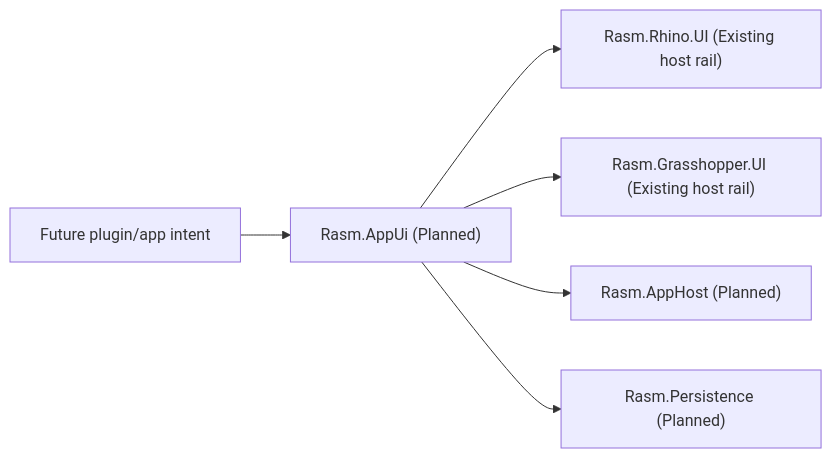
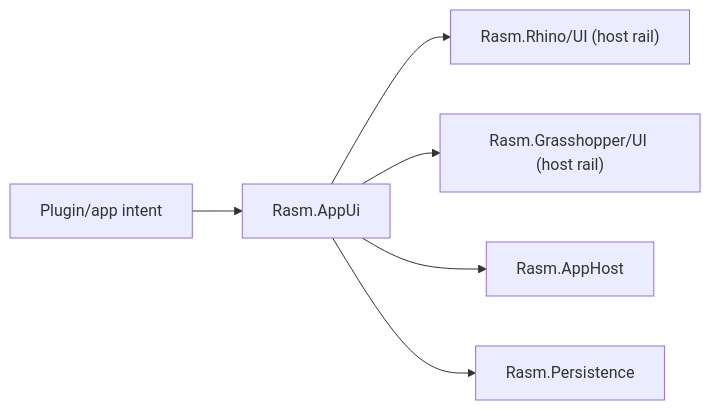
The diagram in libs/csharp/Rasm.AppUi/_ARCHITECTURE.md (bsamiee/Rasm), drawn with Mermaid before and after one commit. The commit also changed other lines of this file and 52 other files, not shown here.

First line of the commit message:
Refactor Rasm.Rhino boundary modules and refresh stack documentation.

````diff
--- a/libs/csharp/Rasm.AppUi/_ARCHITECTURE.md
+++ b/libs/csharp/Rasm.AppUi/_ARCHITECTURE.md
@@ -14,8 +14,8 @@
 ```mermaid
 flowchart LR
-    Product["Future plugin/app intent"] --> AppUi["Rasm.AppUi (Planned)"]
-    AppUi --> RhinoUi["Rasm.Rhino.UI (Existing host rail)"]
-    AppUi --> GhUi["Rasm.Grasshopper.UI (Existing host rail)"]
-    AppUi --> Host["Rasm.AppHost (Planned)"]
-    AppUi --> Store["Rasm.Persistence (Planned)"]
+    Product["Plugin/app intent"] --> AppUi["Rasm.AppUi"]
+    AppUi --> RhinoUi["Rasm.Rhino/UI (host rail)"]
+    AppUi --> GhUi["Rasm.Grasshopper/UI (host rail)"]
+    AppUi --> Host["Rasm.AppHost"]
+    AppUi --> Store["Rasm.Persistence"]
 ```
````
